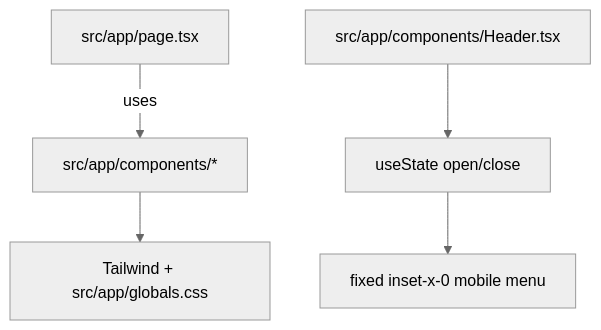
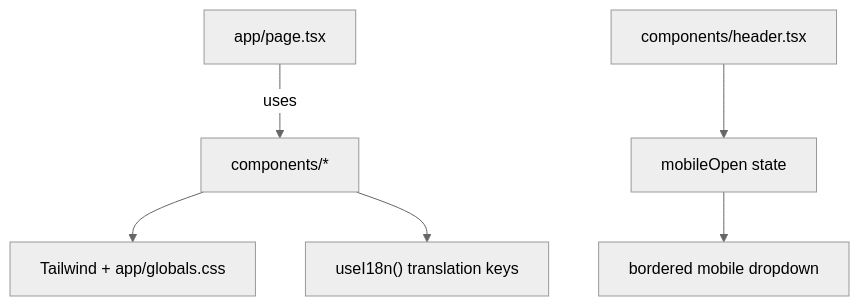
One commit to ipavic933-spec/website-pavic changed the diagram in lode/practices.md. Above: the diagram before and after it, drawn with Mermaid (neutral theme). The commit also changed other lines of this file and 107 other files, not shown here.

````diff
--- a/lode/practices.md
+++ b/lode/practices.md
@@ -11,7 +11,8 @@
 ```mermaid
 flowchart TD
-  Page["src/app/page.tsx"] -->|uses| Components["src/app/components/*"]
-  Components --> Styles["Tailwind + src/app/globals.css"]
-  Header["src/app/components/Header.tsx"] --> Toggle["useState open/close"]
-  Toggle --> OverlayNav["fixed inset-x-0 mobile menu"]
+  Page["app/page.tsx"] -->|uses| Components["components/*"]
+  Components --> Styles["Tailwind + app/globals.css"]
+  Header["components/header.tsx"] --> Toggle["mobileOpen state"]
+  Toggle --> OverlayNav["bordered mobile dropdown"]
+  Components --> I18N["useI18n() translation keys"]
 ```
````
